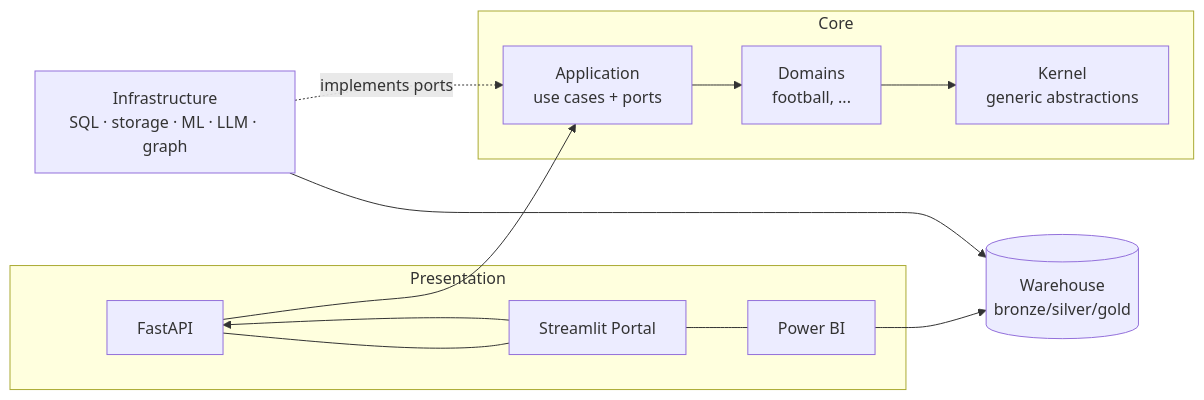
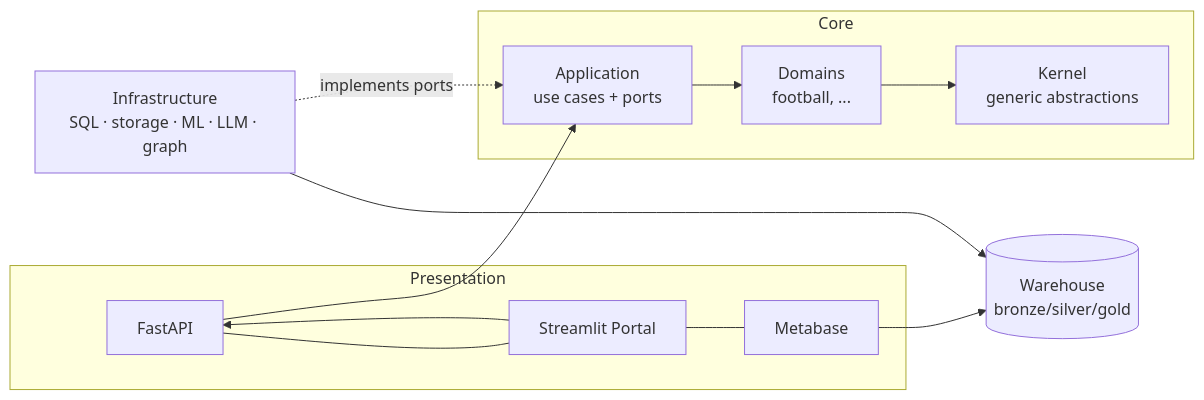
The diagram in README.md (zoeb7184/footballiq), drawn with Mermaid before and after one commit. The commit also changed other lines of this file and 1 other file, not shown here.

````diff
--- a/README.md
+++ b/README.md
@@ -15,14 +33,14 @@
 ```mermaid
 flowchart LR
     subgraph Presentation
-        API[FastAPI] --- Portal[Streamlit Portal] --- PBI[Power BI]
+        API[FastAPI] --- Portal[Streamlit Portal] --- BI[Metabase]
     end
     subgraph Core
         APP[Application<br/>use cases + ports] --> DOM[Domains<br/>football, ...] --> KER[Kernel<br/>generic abstractions]
     end
     INFRA[Infrastructure<br/>SQL · storage · ML · LLM · graph] -. implements ports .-> APP
     API --> APP
     Portal --> API
-    PBI --> DW[(Warehouse<br/>bronze/silver/gold)]
+    BI --> DW[(Warehouse<br/>bronze/silver/gold)]
     INFRA --> DW
 ```
````
